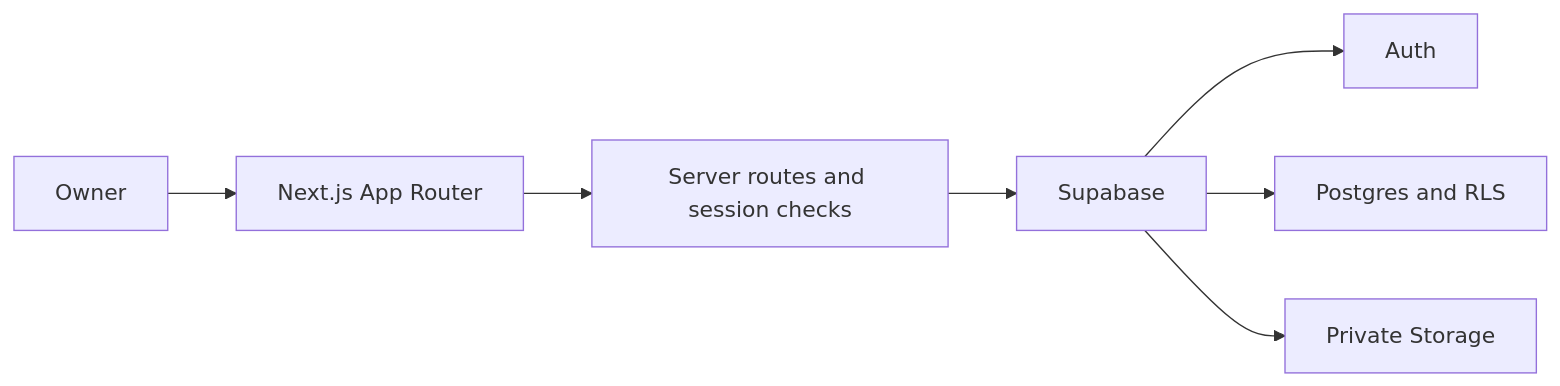
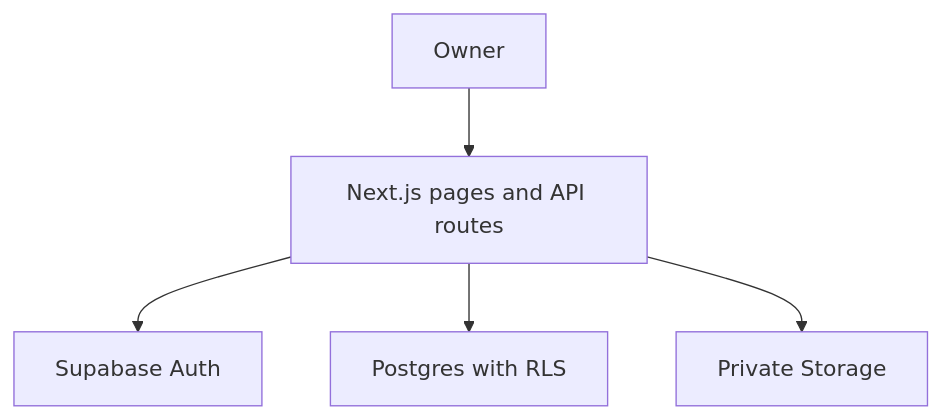
One commit to lemai-rgb/MMincare changed the diagram in README.md. Above: the diagram before and after it, drawn with Mermaid. The commit also changed other lines of this file and 7 other files, not shown here.

````diff
--- a/README.md
+++ b/README.md
@@ -57,9 +69,7 @@
 ```mermaid
-flowchart LR
-    U[Owner] --> N[Next.js App Router]
-    N --> A[Server routes and session checks]
-    A --> S[Supabase]
-    S --> AU[Auth]
-    S --> DB[Postgres and RLS]
-    S --> ST[Private Storage]
+flowchart TD
+    O[Owner] --> W[Next.js pages and API routes]
+    W --> A[Supabase Auth]
+    W --> D[Postgres with RLS]
+    W --> S[Private Storage]
 ```
````
